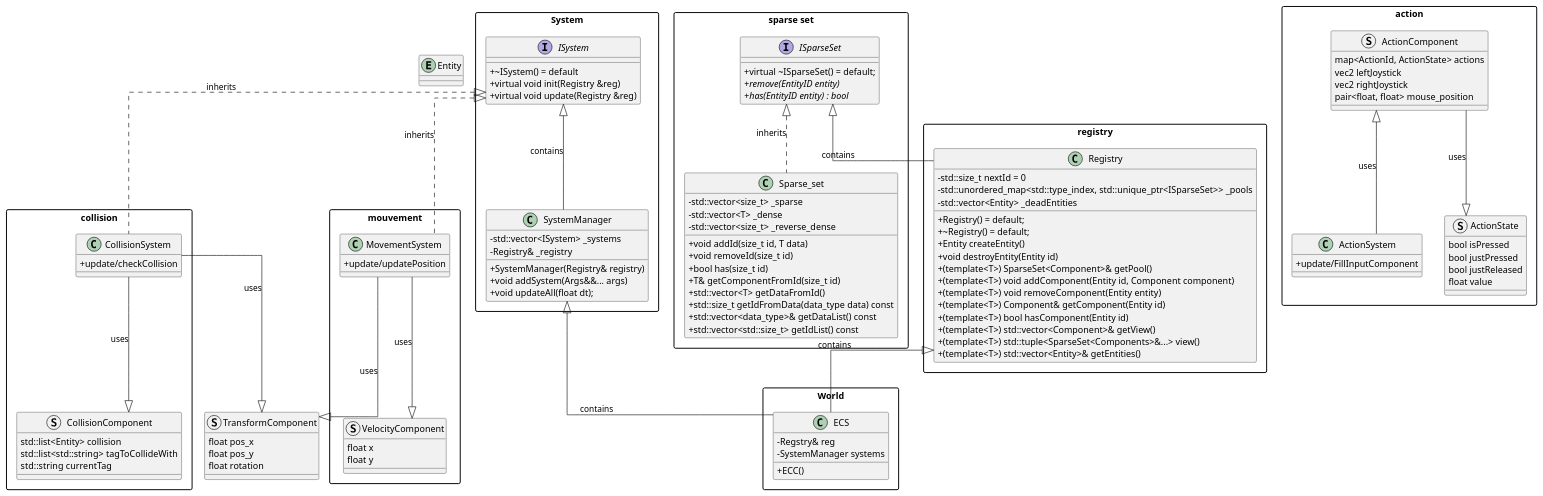
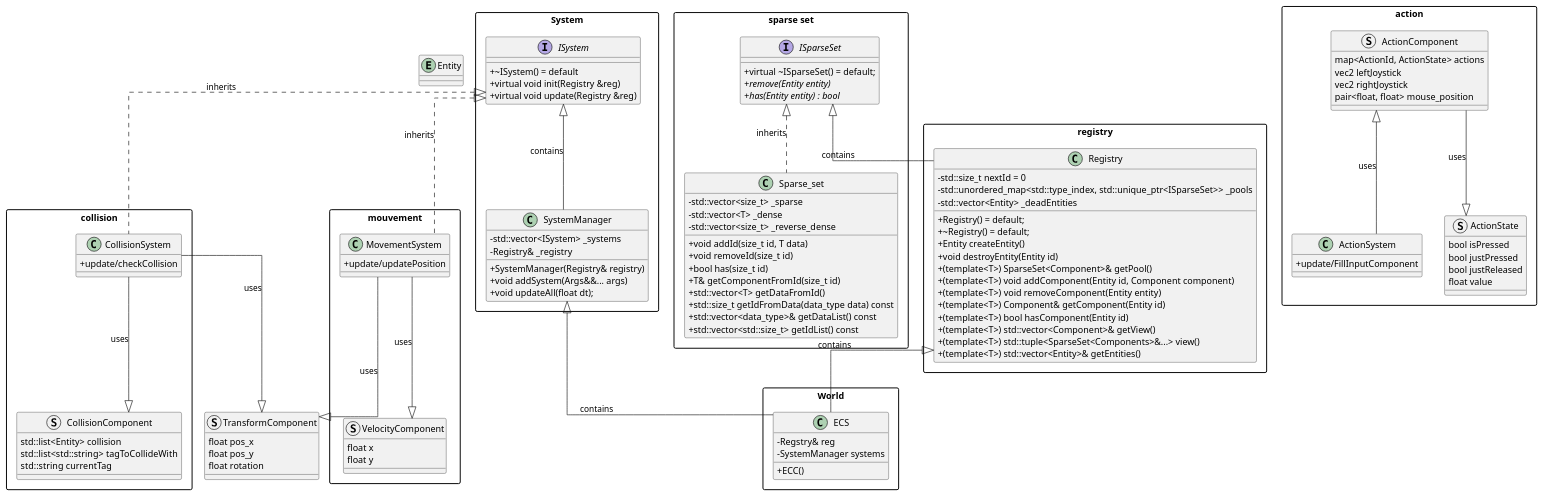
The diagram in src/ecs/diagram.plantuml (R-Type-ou-rien/R-Type), drawn with PlantUML before and after one commit. The commit also changed 13 other files, not shown here.

```diff
--- a/src/ecs/diagram.plantuml
+++ b/src/ecs/diagram.plantuml
@@ -1,140 +1,140 @@
 @startuml Server ECS Architecture
 
 skinparam classAttributeIconSize 0
 skinparam linetype ortho
 skinparam packageStyle rectangle
 
 entity Entity
 
 package "sparse set" {
 
     interface ISparseSet {
         + virtual ~ISparseSet() = default;
-        + {abstract} remove(EntityID entity)
-        + {abstract} has(EntityID entity) : bool
+        + {abstract} remove(Entity entity)
+        + {abstract} has(Entity entity) : bool
     }
 
     class Sparse_set {
         - std::vector<size_t> _sparse
         - std::vector<T> _dense
         - std::vector<size_t> _reverse_dense
         + void addId(size_t id, T data)
         + void removeId(size_t id)
         + bool has(size_t id)
         + T& getComponentFromId(size_t id)
         + std::vector<T> getDataFromId()
         + std::size_t getIdFromData(data_type data) const
         + std::vector<data_type>& getDataList() const
         + std::vector<std::size_t> getIdList() const
     }
 
     Sparse_set .up.|> ISparseSet : inherits
 }
 
 package "registry" {
     class Registry {
         - std::size_t nextId = 0
         - std::unordered_map<std::type_index, std::unique_ptr<ISparseSet>> _pools
         - std::vector<Entity> _deadEntities
         + Registry() = default;
         + ~Registry() = default;
         + Entity createEntity()
         + void destroyEntity(Entity id)
         + (template<T>) SparseSet<Component>& getPool()
         + (template<T>) void addComponent(Entity id, Component component)
         + (template<T>) void removeComponent(Entity entity)
         + (template<T>) Component& getComponent(Entity id)
         + (template<T>) bool hasComponent(Entity id)
         + (template<T>) std::vector<Component>& getView()
         + (template<T>) std::tuple<SparseSet<Components>&...> view()
         + (template<T>) std::vector<Entity>& getEntities()
     }
     Registry -up-|> ISparseSet : contains
 }
 
 package "System" {
     interface ISystem {
         + ~ISystem() = default
         + virtual void init(Registry &reg)
         + virtual void update(Registry &reg)
     }
 
     class SystemManager {
         - std::vector<ISystem> _systems
         - Registry& _registry
         + SystemManager(Registry& registry)
         + void addSystem(Args&&... args)
         + void updateAll(float dt);
     }
     SystemManager -up-|> ISystem : contains
 }
 
 package "World" {
     class ECS {
         - Regstry& reg
         - SystemManager systems
         + ECC()
     }
     ECS -up-|> SystemManager : contains
     ECS -up-|> Registry : contains
 }
 
 struct TransformComponent {
     float pos_x
     float pos_y
     float rotation
 }
 
 package "collision" {
     class CollisionSystem {
         + update/checkCollision
     }
 
     struct CollisionComponent {
         std::list<Entity> collision
         std::list<std::string> tagToCollideWith
         std::string currentTag
     }
     CollisionSystem -down-|> CollisionComponent : uses
     CollisionSystem -down-|> TransformComponent : uses
     CollisionSystem .up.|> ISystem : inherits
 }
 
 package "mouvement" {
     class MovementSystem {
         + update/updatePosition
     }
 
     struct VelocityComponent {
         float x
         float y
     }
     MovementSystem -down-|> VelocityComponent : uses
     MovementSystem -down-|> TransformComponent : uses
     MovementSystem .up.|> ISystem : inherits
 }
 
 package "action" {
     class ActionSystem {
         + update/FillInputComponent
     }
 
     struct ActionComponent {
         map<ActionId, ActionState> actions
         vec2 leftJoystick
         vec2 rightJoystick
         pair<float, float> mouse_position
     }
 
     struct ActionState {
         bool isPressed
         bool justPressed
         bool justReleased
         float value
     }
     ActionComponent -down-|> ActionState : uses
     ActionSystem -up-|> ActionComponent : uses
 }
 
 
 @enduml
```
